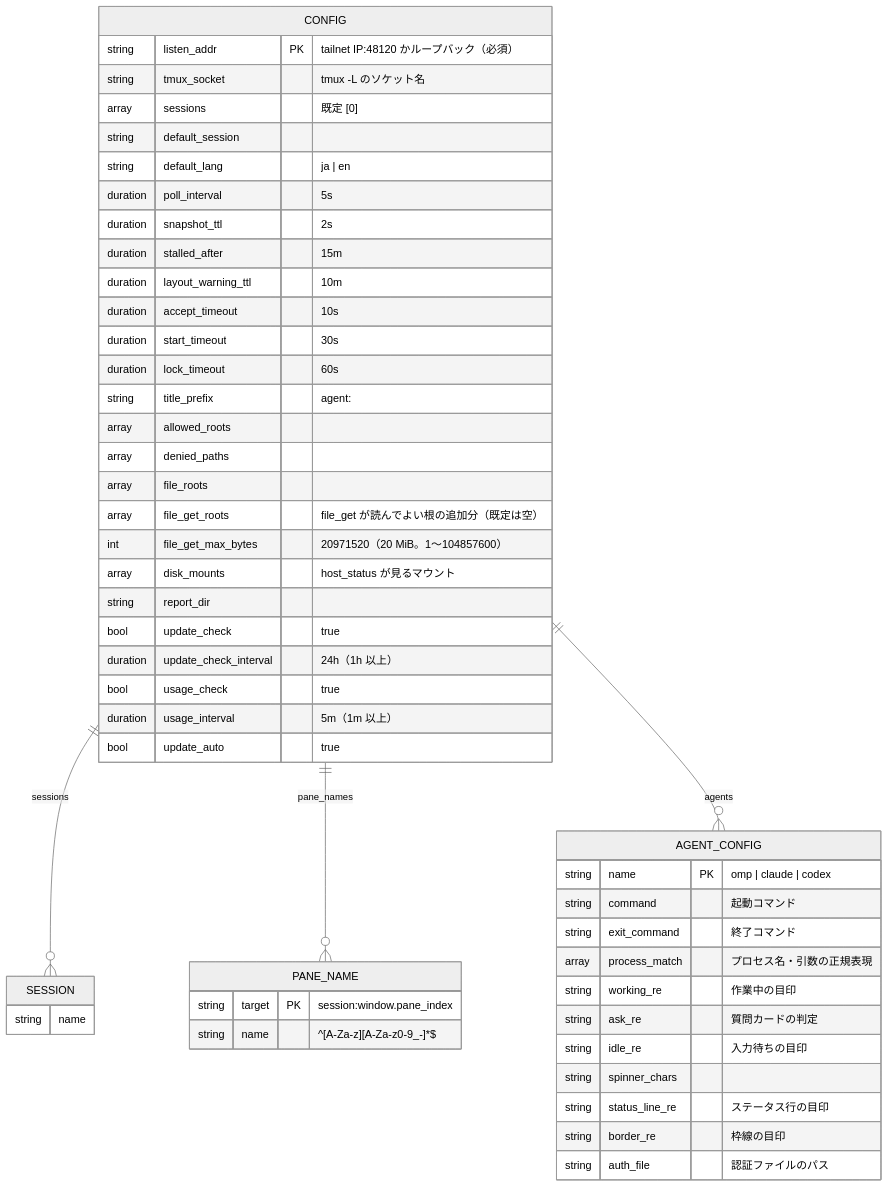
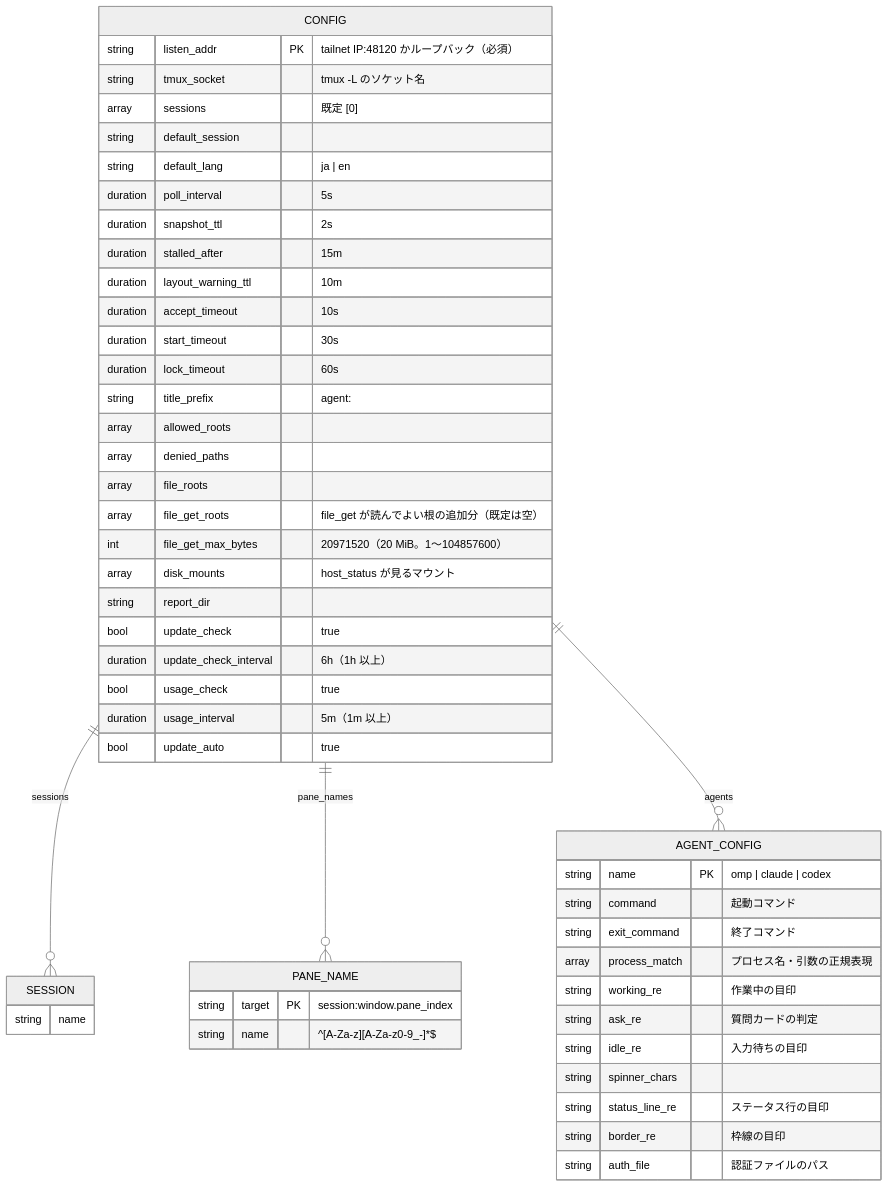
The first of 2 diagrams in docs/architecture/er-config.md (ousiassllc/swarm-console), drawn with Mermaid (neutral theme) before and after one commit. The commit also changed 11 other files, not shown here.

````diff
--- a/docs/architecture/er-config.md
+++ b/docs/architecture/er-config.md
@@ -9,54 +9,54 @@
 ```mermaid
 erDiagram
     CONFIG ||--o{ SESSION : "sessions"
     CONFIG ||--o{ PANE_NAME : "pane_names"
     CONFIG ||--o{ AGENT_CONFIG : "agents"
 
     CONFIG {
         string listen_addr PK "tailnet IP:48120 かループバック（必須）"
         string tmux_socket "tmux -L のソケット名"
         array sessions "既定 [0]"
         string default_session
         string default_lang "ja | en"
         duration poll_interval "5s"
         duration snapshot_ttl "2s"
         duration stalled_after "15m"
         duration layout_warning_ttl "10m"
         duration accept_timeout "10s"
         duration start_timeout "30s"
         duration lock_timeout "60s"
         string title_prefix "agent: "
         array allowed_roots
         array denied_paths
         array file_roots
         array file_get_roots "file_get が読んでよい根の追加分（既定は空）"
         int file_get_max_bytes "20971520（20 MiB。1〜104857600）"
         array disk_mounts "host_status が見るマウント"
         string report_dir
         bool update_check "true"
-        duration update_check_interval "24h（1h 以上）"
+        duration update_check_interval "6h（1h 以上）"
         bool usage_check "true"
         duration usage_interval "5m（1m 以上）"
         bool update_auto "true"
     }
     SESSION {
         string name
     }
     PANE_NAME {
         string target PK "session:window.pane_index"
         string name "^[A-Za-z][A-Za-z0-9_-]*$"
     }
     AGENT_CONFIG {
         string name PK "omp | claude | codex"
         string command "起動コマンド"
         string exit_command "終了コマンド"
         array process_match "プロセス名・引数の正規表現"
         string working_re "作業中の目印"
         string ask_re "質問カードの判定"
         string idle_re "入力待ちの目印"
         string spinner_chars
         string status_line_re "ステータス行の目印"
         string border_re "枠線の目印"
         string auth_file "認証ファイルのパス"
     }
 ```
````
